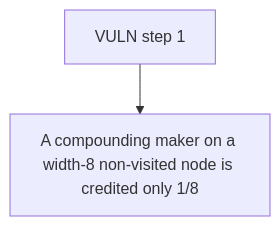
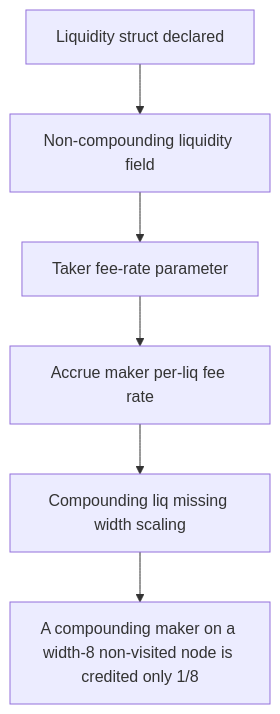
One commit to sanbir/evm-hack-registry changed the diagram in 63178-h-12-missing-width-scaling-in-feewalkerup-non-visited-underc_exp/63178-h-12-missing-width-scaling-in-feewalkerup-non-visited-underc_exp.md. Above: the diagram before and after it, drawn with Mermaid. The commit also changed other lines of this file and 79 other files, not shown here.

````diff
--- a/63178-h-12-missing-width-scaling-in-feewalkerup-non-visited-underc_exp/63178-h-12-missing-width-scaling-in-feewalkerup-non-visited-underc_exp.md
+++ b/63178-h-12-missing-width-scaling-in-feewalkerup-non-visited-underc_exp/63178-h-12-missing-width-scaling-in-feewalkerup-non-visited-underc_exp.md
@@ -28,6 +28,14 @@
 ```mermaid
 flowchart TD
-  S0["VULN step 1"]
+  S0["Liquidity struct declared"]
+  S1["Non-compounding liquidity field"]
+  S2["Taker fee-rate parameter"]
+  S3["Accrue maker per-liq fee rate"]
+  S4["Compounding liq missing width scaling"]
   H["A compounding maker on a width-8 non-visited node is credited only 1/8"]
-  S0 --> H
+  S0 --> S1
+  S1 --> S2
+  S2 --> S3
+  S3 --> S4
+  S4 --> H
 ```
````
